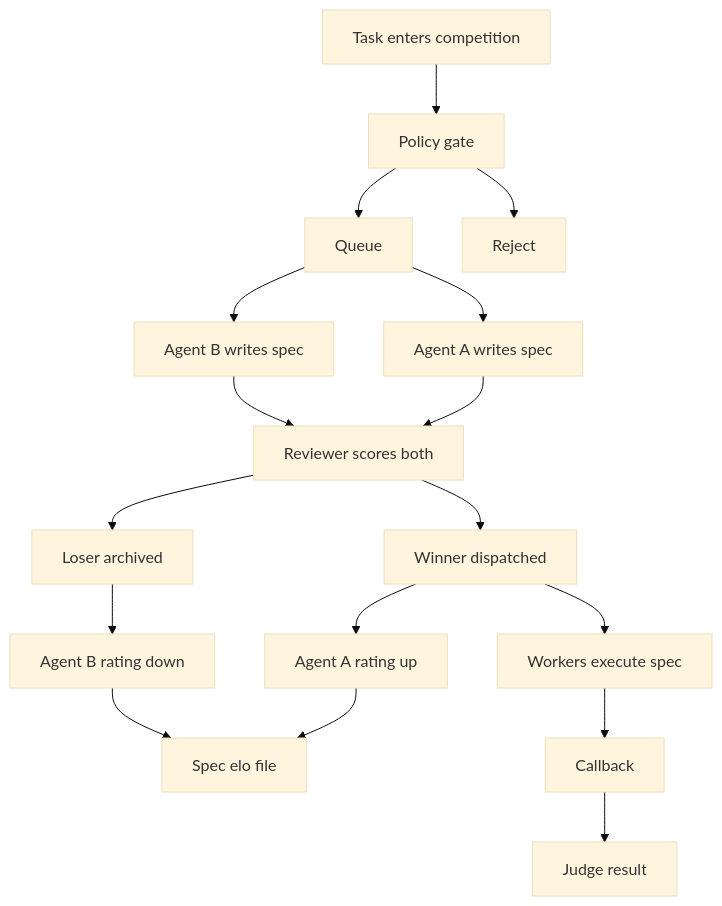
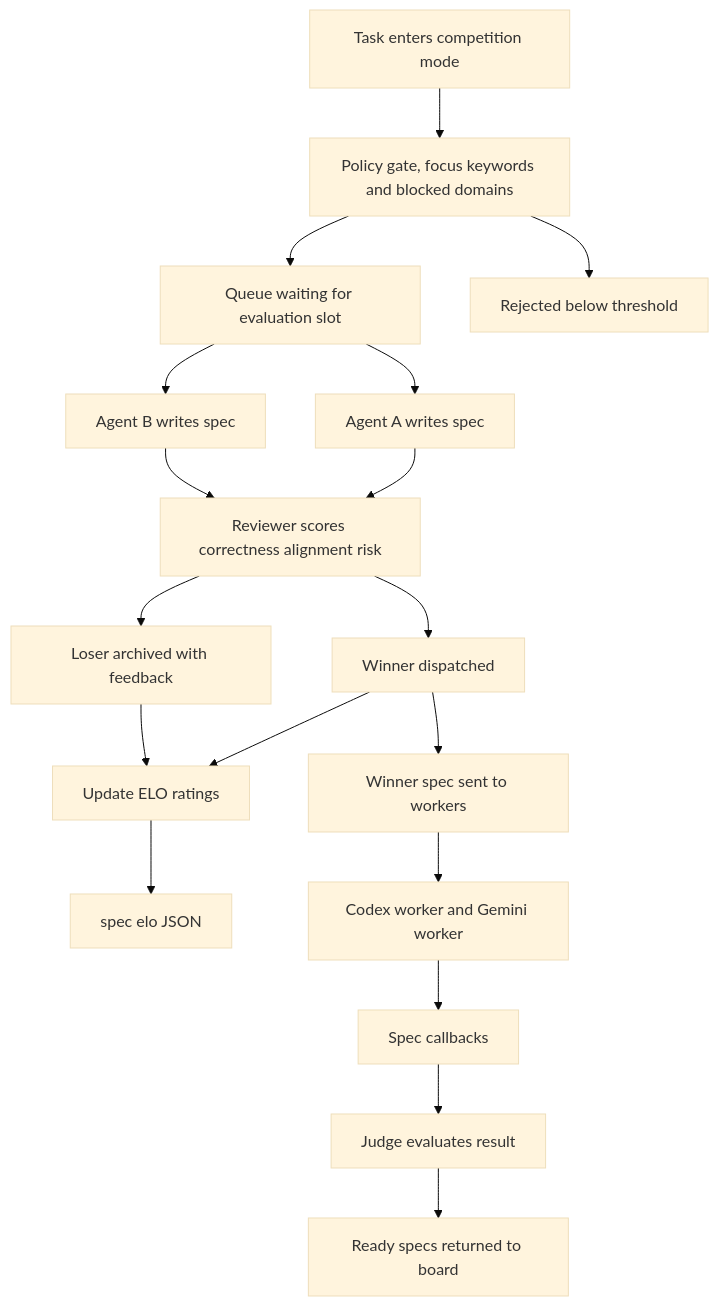
The diagram in diagrams/SPEC_COMPETITION.mmd (mmartoccia/ghost-orchestration-pattern), drawn with Mermaid (base theme) before and after one commit. The commit also changed 11 other files, not shown here.

First line of the commit message:
Restore diagram fidelity while keeping GitHub-safe Mermaid

```diff
--- a/diagrams/SPEC_COMPETITION.mmd
+++ b/diagrams/SPEC_COMPETITION.mmd
@@ -1,29 +1,30 @@
 graph TD
-    S1[Task enters competition]
-    S2[Policy gate]
-    S3[Queue]
-    S4[Reject]
+    S1[Task enters competition mode]
+    S2[Policy gate, focus keywords and blocked domains]
+    S3[Queue waiting for evaluation slot]
+    S4[Rejected below threshold]
     S5[Agent A writes spec]
     S6[Agent B writes spec]
-    S7[Reviewer scores both]
+    S7[Reviewer scores correctness alignment risk]
     S8[Winner dispatched]
-    S9[Loser archived]
-    S10[Agent A rating up]
-    S11[Agent B rating down]
-    S12[Spec elo file]
-    S13[Workers execute spec]
-    S14[Callback]
-    S15[Judge result]
+    S9[Loser archived with feedback]
+    S10[Update ELO ratings]
+    S11[spec elo JSON]
+    S12[Winner spec sent to workers]
+    S13[Codex worker and Gemini worker]
+    S14[Spec callbacks]
+    S15[Judge evaluates result]
+    S16[Ready specs returned to board]
 
     S1 --> S2
     S2 --> S3
     S2 --> S4
     S3 --> S5
     S3 --> S6
     S5 --> S7
     S6 --> S7
     S7 --> S8
     S7 --> S9
-    S8 --> S10 --> S12
-    S9 --> S11 --> S12
-    S8 --> S13 --> S14 --> S15
+    S8 --> S10 --> S11
+    S9 --> S10
+    S8 --> S12 --> S13 --> S14 --> S15 --> S16
```
